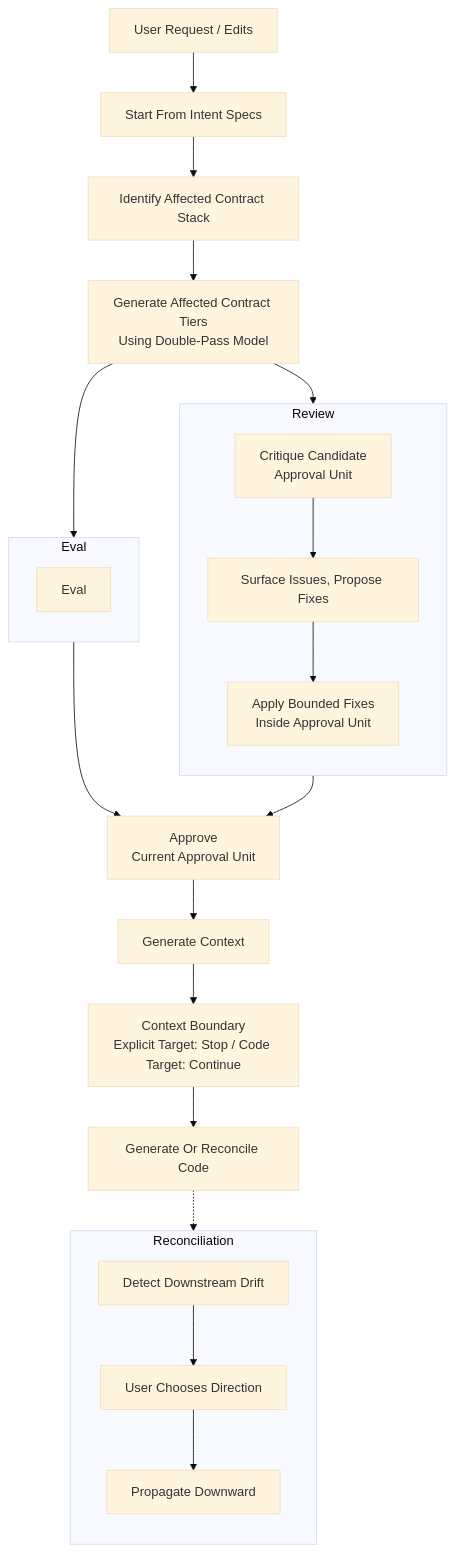
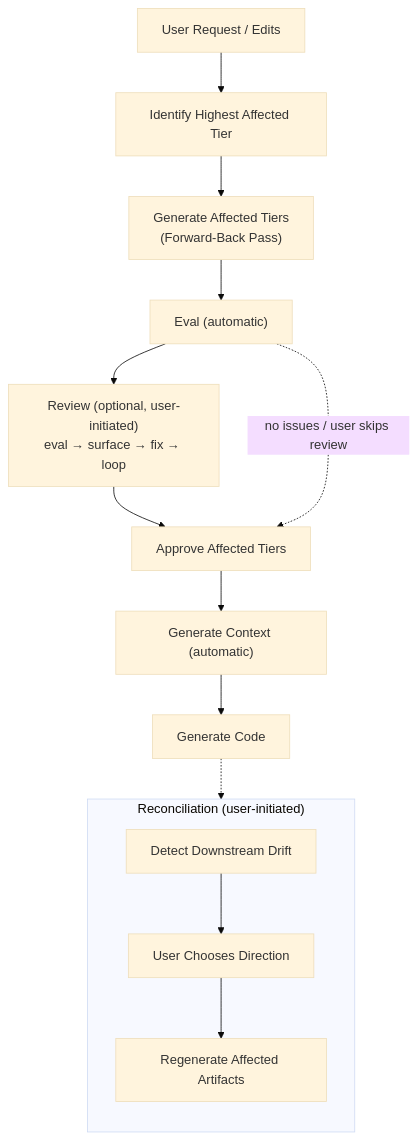
Before and after one commit to dahans-msft2/vibeloom-copilot-cli: the third of 3 diagrams in v02/vibeloom-methodology.md, drawn with Mermaid (base theme). The commit also changed other lines of this file, not shown here.

Commit message:
Clarify methodology operations and context ownership

````diff
--- a/v02/vibeloom-methodology.md
+++ b/v02/vibeloom-methodology.md
@@ -796,41 +797,25 @@
 ```mermaid
 flowchart TD
     H["User Request / Edits"]
-    I["Start From Intent Specs"]
-    D["Identify Affected Contract Stack"]
-    G["Generate Affected Contract Tiers<br/>Using Double-Pass Model"]
+    D["Identify Highest Affected Tier"]
+    G["Generate Affected Tiers<br/>(Forward-Back Pass)"]
+    E["Eval (automatic)"]
+    R["Review (optional, user-initiated)<br/>eval → surface → fix → loop"]
+    A["Approve Affected Tiers"]
+    C["Generate Context (automatic)"]
+    K["Generate Code"]
 
-    H --> I --> D --> G
-
-    G --> R
-    G --> E
-
-    subgraph REV["Review"]
-        direction TB
-        R["Critique Candidate<br/>Approval Unit"]
-        R1["Surface Issues, Propose Fixes"]
-        R2["Apply Bounded Fixes<br/>Inside Approval Unit"]
-        R --> R1 --> R2
-    end
-
-    subgraph EVL["Eval"]
-        direction TB
-        E["Eval"]
-    end
-
-    R2 --> A["Approve<br/>Current Approval Unit"]
-    E --> A
-
-    A --> C["Generate Context"]
-    C --> B["Context Boundary<br/>Explicit Target: Stop / Code Target: Continue"]
-    B --> K["Generate Or Reconcile Code"]
+    H --> D --> G --> E
+    E --> R --> A
+    E -.->|"no issues / user skips review"| A
+    A --> C --> K
 
     K -.-> Q
-    subgraph REC["Reconciliation"]
+    subgraph REC["Reconciliation (user-initiated)"]
         direction TB
         Q["Detect Downstream Drift"]
         Q1["User Chooses Direction"]
-        Q2["Propagate Downward"]
+        Q2["Regenerate Affected Artifacts"]
         Q --> Q1 --> Q2
     end
 ```
````
